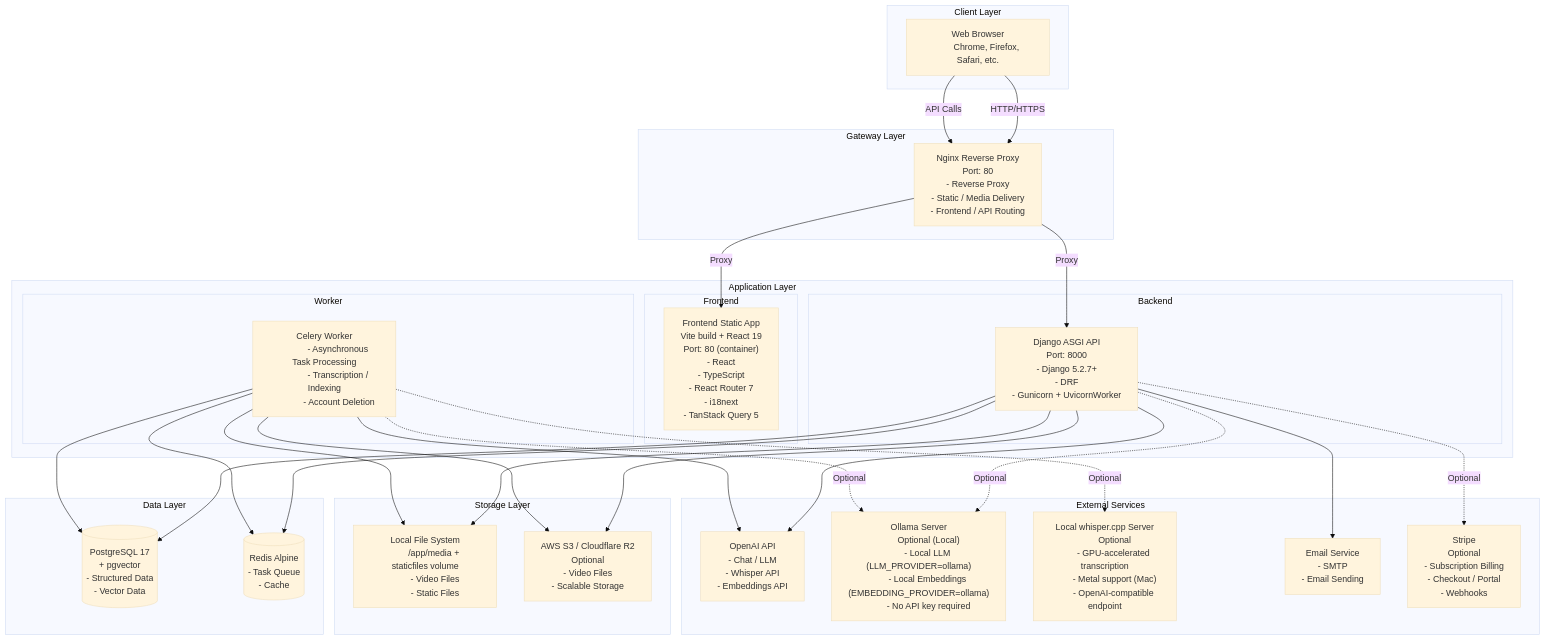
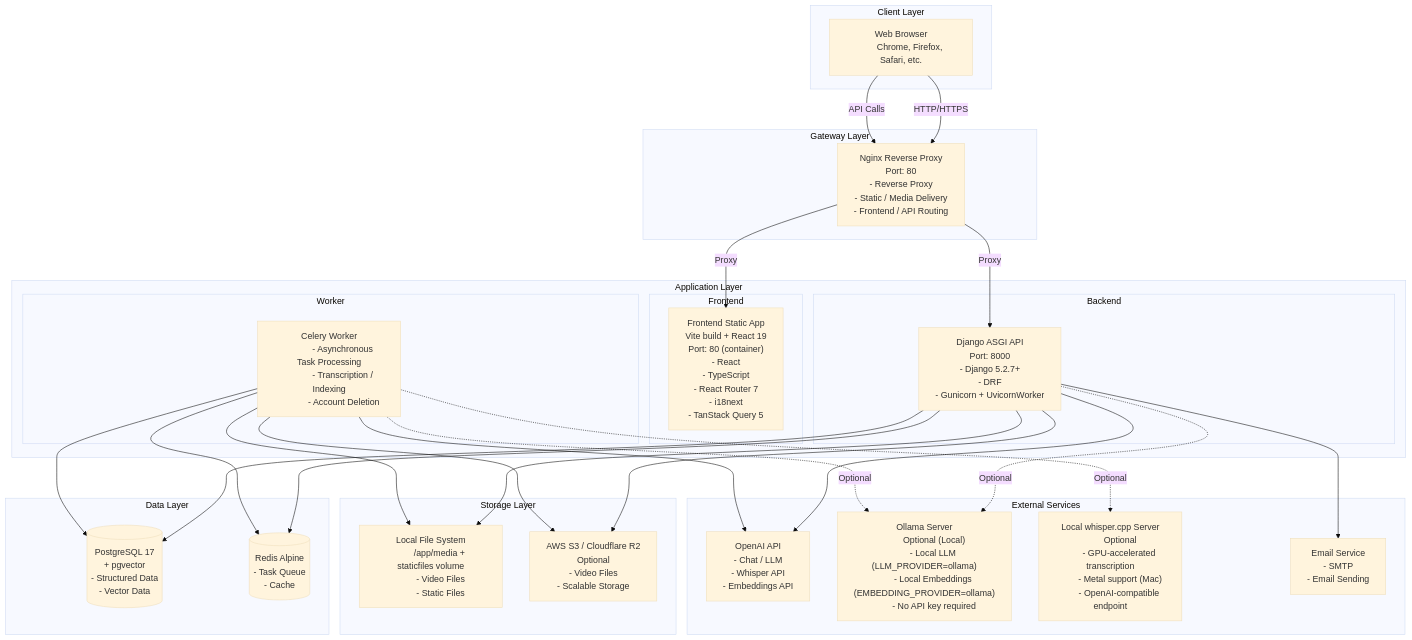
One commit to yukiharada1228/videoq changed the first of 9 diagrams in docs/architecture/system-configuration-diagram.md. Above: the diagram before and after it, drawn with Mermaid (base theme). The commit also changed other lines of this file and 120 other files, not shown here.

First line of the commit message:
refactor: remove Stripe billing and replace with simple per-user limits

```diff
--- a/docs/architecture/system-configuration-diagram.md
+++ b/docs/architecture/system-configuration-diagram.md
@@ -88,11 +88,6 @@
         Email["Email Service
         - SMTP
         - Email Sending"]
-        Stripe["Stripe
-        Optional
-        - Subscription Billing
-        - Checkout / Portal
-        - Webhooks"]
     end
 
     Browser -->|HTTP/HTTPS| Nginx
@@ -106,7 +101,6 @@
     Django --> OpenAI
     Django -.->|Optional| Ollama
     Django --> Email
-    Django -.->|Optional| Stripe
 
     Celery --> Redis
     Celery --> PostgreSQL
```
